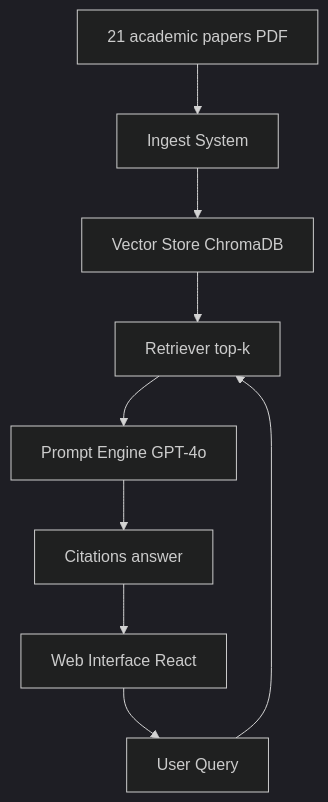
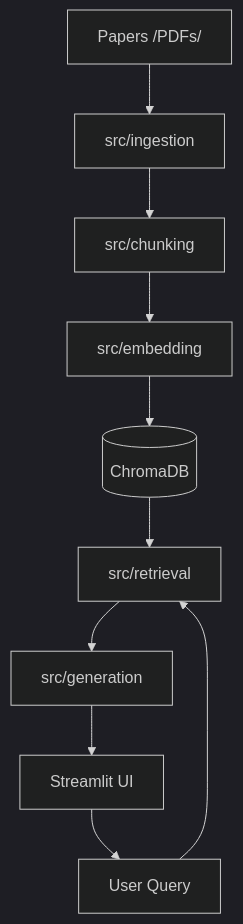
Before and after one commit to valegoo/research-copilot: the diagram in README.md, drawn with Mermaid (dark theme). The commit also changed other lines of this file, not shown here.

````diff
--- a/README.md
+++ b/README.md
@@ -8,11 +23,12 @@
 ```mermaid
 graph TD
-    A[21 academic papers PDF] --> B[Ingest System]
-    B --> C[Vector Store ChromaDB]
-    D[User Query] --> E[Retriever top-k]
-    C --> E
-    E --> F[Prompt Engine GPT-4o]
-    F --> G[Citations answer]
-    H[Web Interface React] --> D
-    G --> H
+    A[Papers /PDFs/] --> B[src/ingestion]
+    B --> C[src/chunking]
+    C --> D[src/embedding]
+    D --> E[(ChromaDB)]
+    F[User Query] --> G[src/retrieval]
+    E --> G
+    G --> H[src/generation]
+    H --> I[Streamlit UI]
+    I --> F
 ```
````
